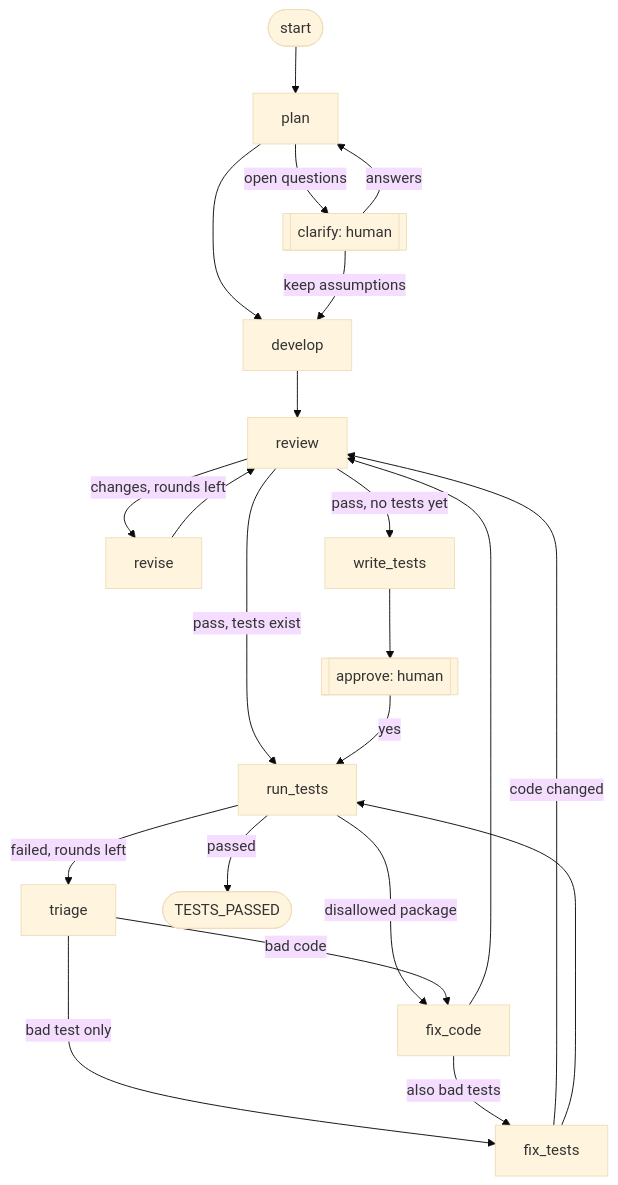
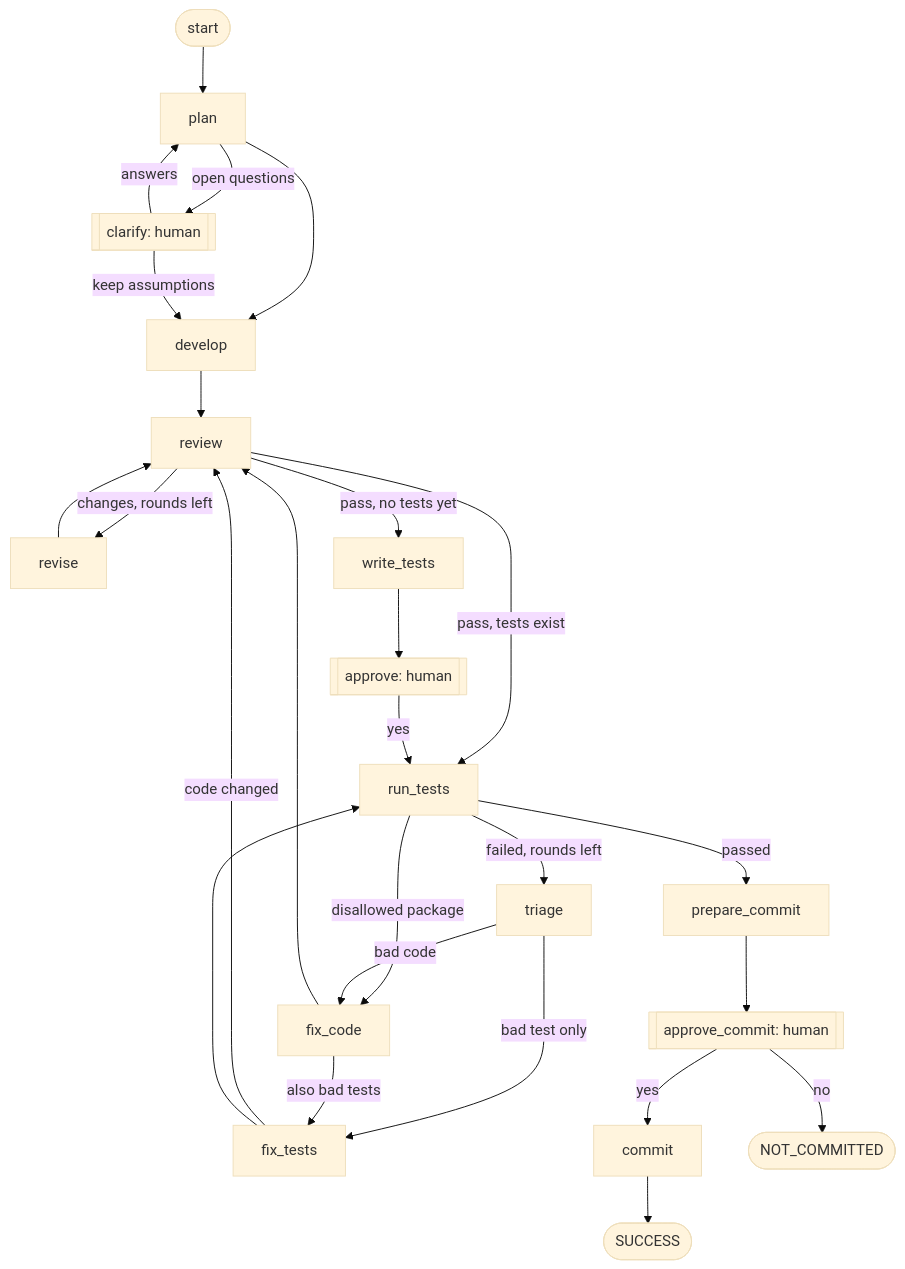
One commit to Shah-Vansh/devteam-ai changed the third of 3 diagrams in docs/SYSTEM_ARCHITECTURE.md. Above: the diagram before and after it, drawn with Mermaid (base theme). The commit also changed other lines of this file and 29 other files, not shown here.

````diff
--- a/docs/SYSTEM_ARCHITECTURE.md
+++ b/docs/SYSTEM_ARCHITECTURE.md
@@ -81,22 +81,24 @@
 ```mermaid
 flowchart TD
   S([start]) --> plan
   plan -->|open questions| clarify[[clarify: human]]
   plan --> develop
   clarify -->|answers| plan
   clarify -->|keep assumptions| develop
   develop --> review
   review -->|changes, rounds left| revise --> review
   review -->|pass, no tests yet| write_tests --> approve[[approve: human]]
   review -->|pass, tests exist| run_tests
   approve -->|yes| run_tests
   run_tests -->|failed, rounds left| triage
   run_tests -->|disallowed package| fix_code
   triage -->|bad code| fix_code
   triage -->|bad test only| fix_tests
   fix_code -->|also bad tests| fix_tests
   fix_code --> review
   fix_tests -->|code changed| review
   fix_tests --> run_tests
-  run_tests -->|passed| E([TESTS_PASSED])
+  run_tests -->|passed| prepare_commit --> approve_commit[[approve_commit: human]]
+  approve_commit -->|yes| commit --> E([SUCCESS])
+  approve_commit -->|no| N([NOT_COMMITTED])
 ```
````
